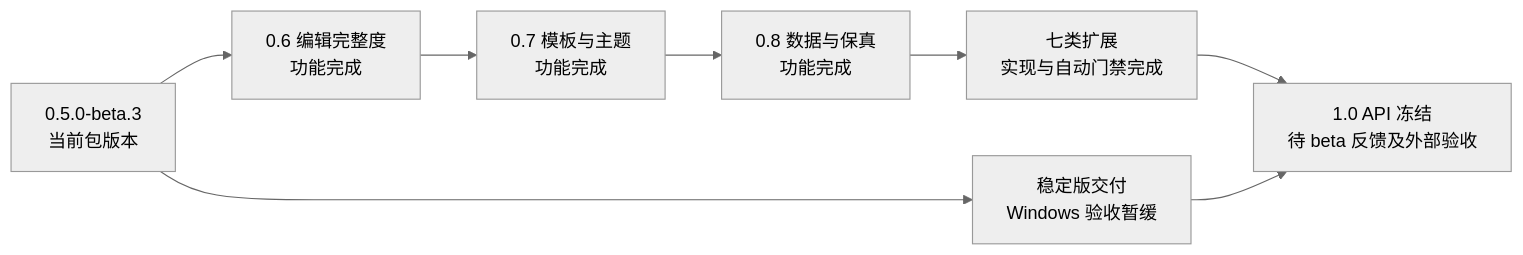
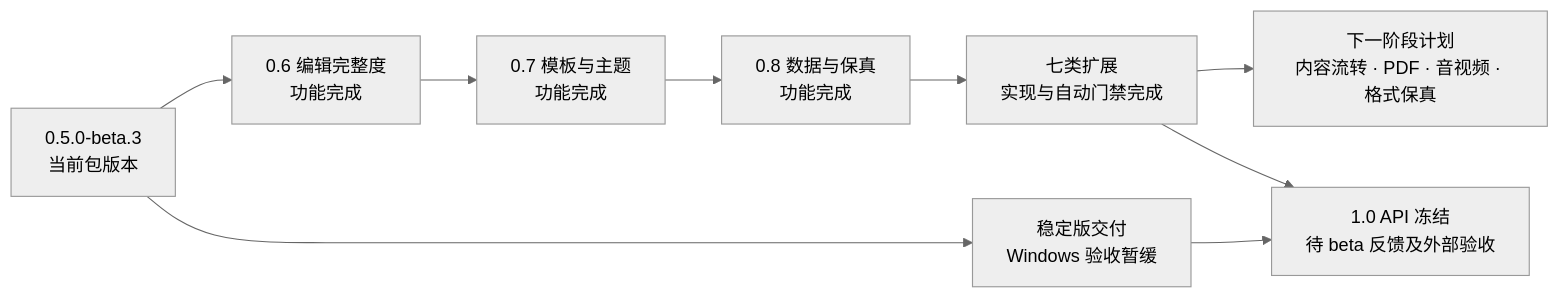
One commit to unStone/web-ppt changed the second of 3 diagrams in docs/roadmap.md. Above: the diagram before and after it, drawn with Mermaid (neutral theme). The commit also changed other lines of this file and 46 other files, not shown here.

````diff
--- a/docs/roadmap.md
+++ b/docs/roadmap.md
@@ -188,10 +190,11 @@
 ```mermaid
 flowchart LR
     B["0.5.0-beta.3<br/>当前包版本"] --> V6["0.6 编辑完整度<br/>功能完成"]
     V6 --> V7["0.7 模板与主题<br/>功能完成"]
     V7 --> V8["0.8 数据与保真<br/>功能完成"]
     V8 --> X["七类扩展<br/>实现与自动门禁完成"]
+    X --> N["下一阶段计划<br/>内容流转 · PDF · 音视频 · 格式保真"]
     B --> S["稳定版交付<br/>Windows 验收暂缓"]
     X --> V1["1.0 API 冻结<br/>待 beta 反馈及外部验收"]
     S --> V1
 ```
````
